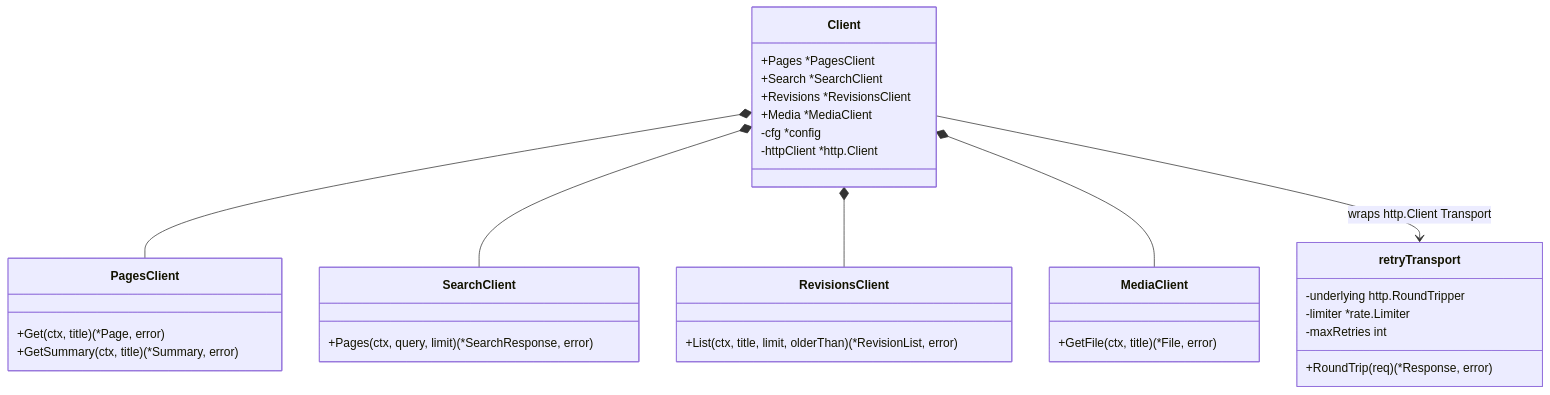
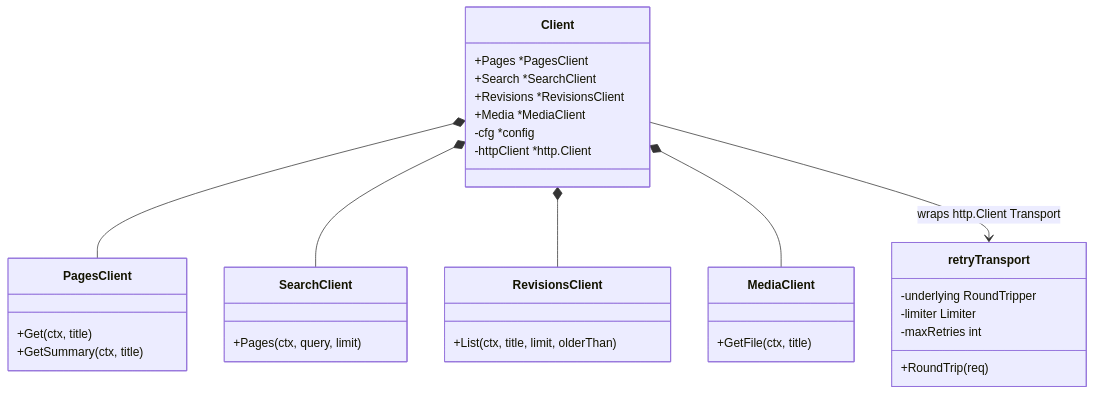
Before and after one commit to saluja-ji/wikigo: the first of 2 diagrams in detailed_documentation.md, drawn with Mermaid.

Commit message:
simplify mermaid signatures in documentation

````diff
--- a/detailed_documentation.md
+++ b/detailed_documentation.md
@@ -13,36 +13,36 @@
 ```mermaid
 classDiagram
     class Client {
         +Pages *PagesClient
         +Search *SearchClient
         +Revisions *RevisionsClient
         +Media *MediaClient
         -cfg *config
         -httpClient *http.Client
     }
     class PagesClient {
-        +Get(ctx, title) (*Page, error)
-        +GetSummary(ctx, title) (*Summary, error)
+        +Get(ctx, title)
+        +GetSummary(ctx, title)
     }
     class SearchClient {
-        +Pages(ctx, query, limit) (*SearchResponse, error)
+        +Pages(ctx, query, limit)
     }
     class RevisionsClient {
-        +List(ctx, title, limit, olderThan) (*RevisionList, error)
+        +List(ctx, title, limit, olderThan)
     }
     class MediaClient {
-        +GetFile(ctx, title) (*File, error)
+        +GetFile(ctx, title)
     }
     class retryTransport {
-        -underlying http.RoundTripper
-        -limiter *rate.Limiter
+        -underlying RoundTripper
+        -limiter Limiter
         -maxRetries int
-        +RoundTrip(req) (*Response, error)
+        +RoundTrip(req)
     }
 
     Client *-- PagesClient
     Client *-- SearchClient
     Client *-- RevisionsClient
     Client *-- MediaClient
     Client --> retryTransport : wraps http.Client Transport
 ```
````
